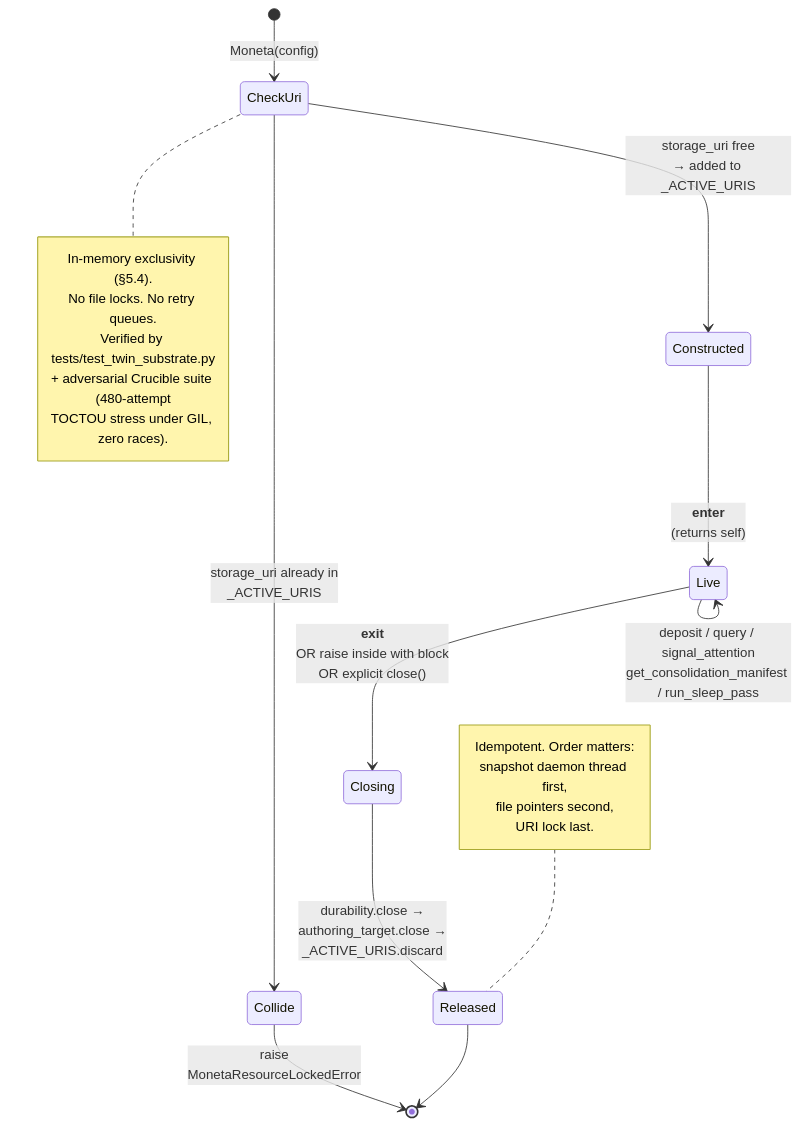
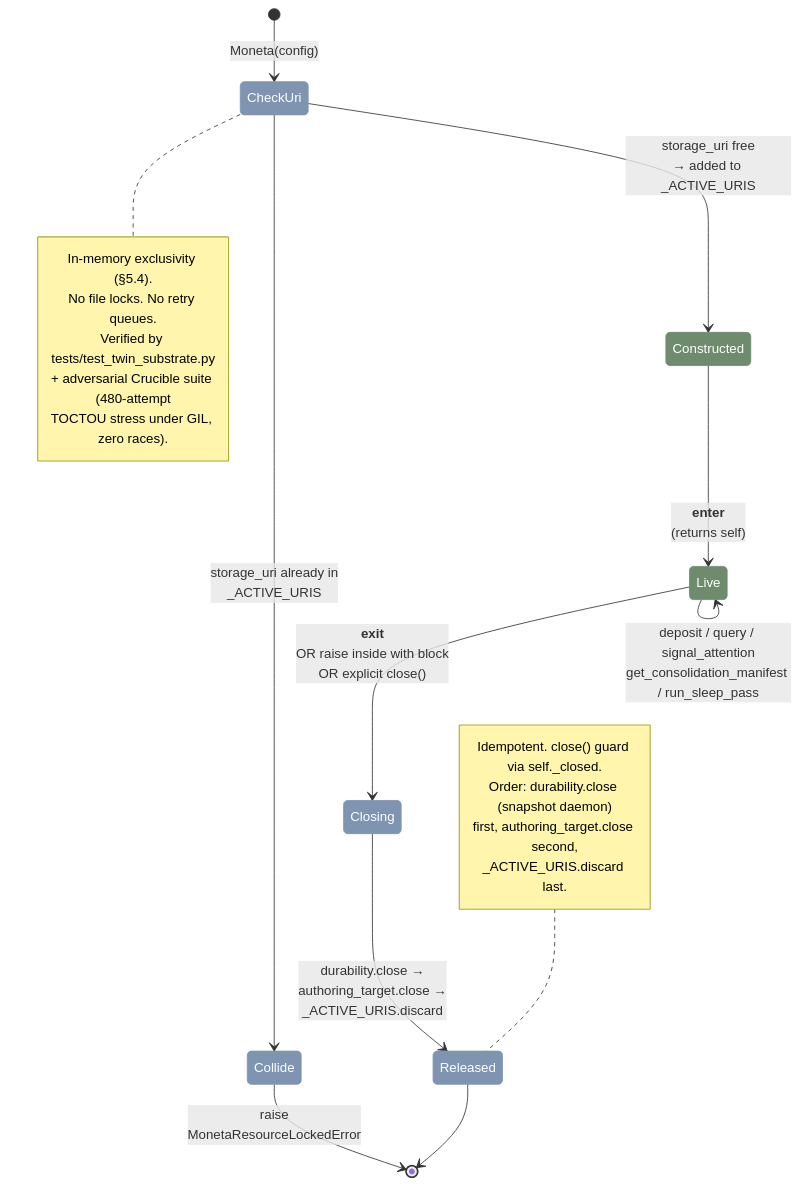
Before and after one commit to JosephOIbrahim/Moneta: the second of 8 diagrams in README.md, drawn with Mermaid. The commit also changed other lines of this file and 1 other file, not shown here.

````diff
--- a/README.md
+++ b/README.md
@@ -209,29 +210,35 @@
 ```mermaid
 stateDiagram-v2
     [*] --> CheckUri: Moneta(config)
     CheckUri --> Collide: storage_uri already in<br/>_ACTIVE_URIS
     CheckUri --> Constructed: storage_uri free<br/>→ added to _ACTIVE_URIS
     Collide --> [*]: raise<br/>MonetaResourceLockedError
 
     Constructed --> Live: __enter__<br/>(returns self)
     Live --> Live: deposit / query / signal_attention<br/>get_consolidation_manifest / run_sleep_pass
 
     Live --> Closing: __exit__<br/>OR raise inside with block<br/>OR explicit close()
     Closing --> Released: durability.close →<br/>authoring_target.close →<br/>_ACTIVE_URIS.discard
     Released --> [*]
 
+    classDef live fill:#6E8B6E,color:#fff,stroke:#6E8B6E
+    classDef control fill:#7E94B0,color:#fff,stroke:#7E94B0
+
+    class Constructed,Live live
+    class CheckUri,Collide,Closing,Released control
+
     note right of CheckUri
         In-memory exclusivity (§5.4).
         No file locks. No retry queues.
         Verified by tests/test_twin_substrate.py
         + adversarial Crucible suite (480-attempt
         TOCTOU stress under GIL, zero races).
     end note
 
     note left of Released
-        Idempotent. Order matters:
-        snapshot daemon thread first,
-        file pointers second,
-        URI lock last.
+        Idempotent. close() guard via self._closed.
+        Order: durability.close (snapshot daemon)
+        first, authoring_target.close second,
+        _ACTIVE_URIS.discard last.
     end note
 ```
````
